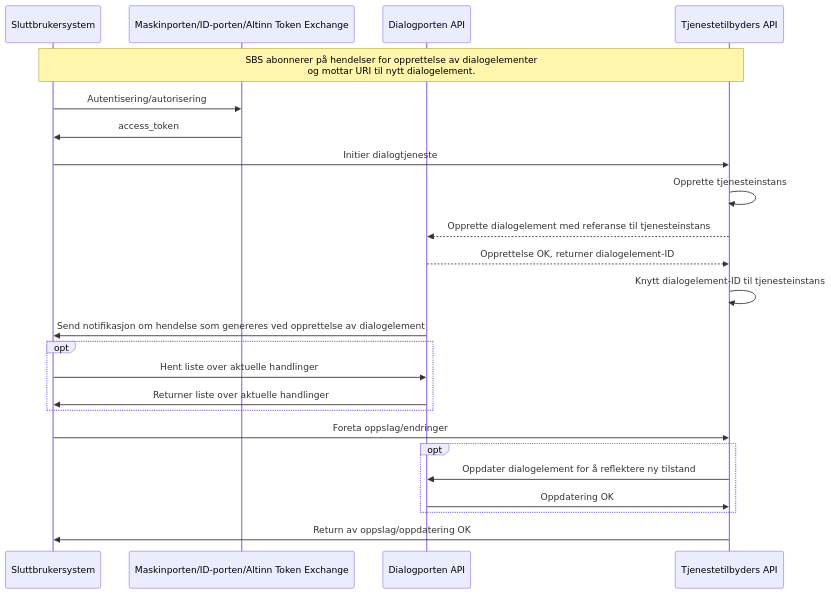
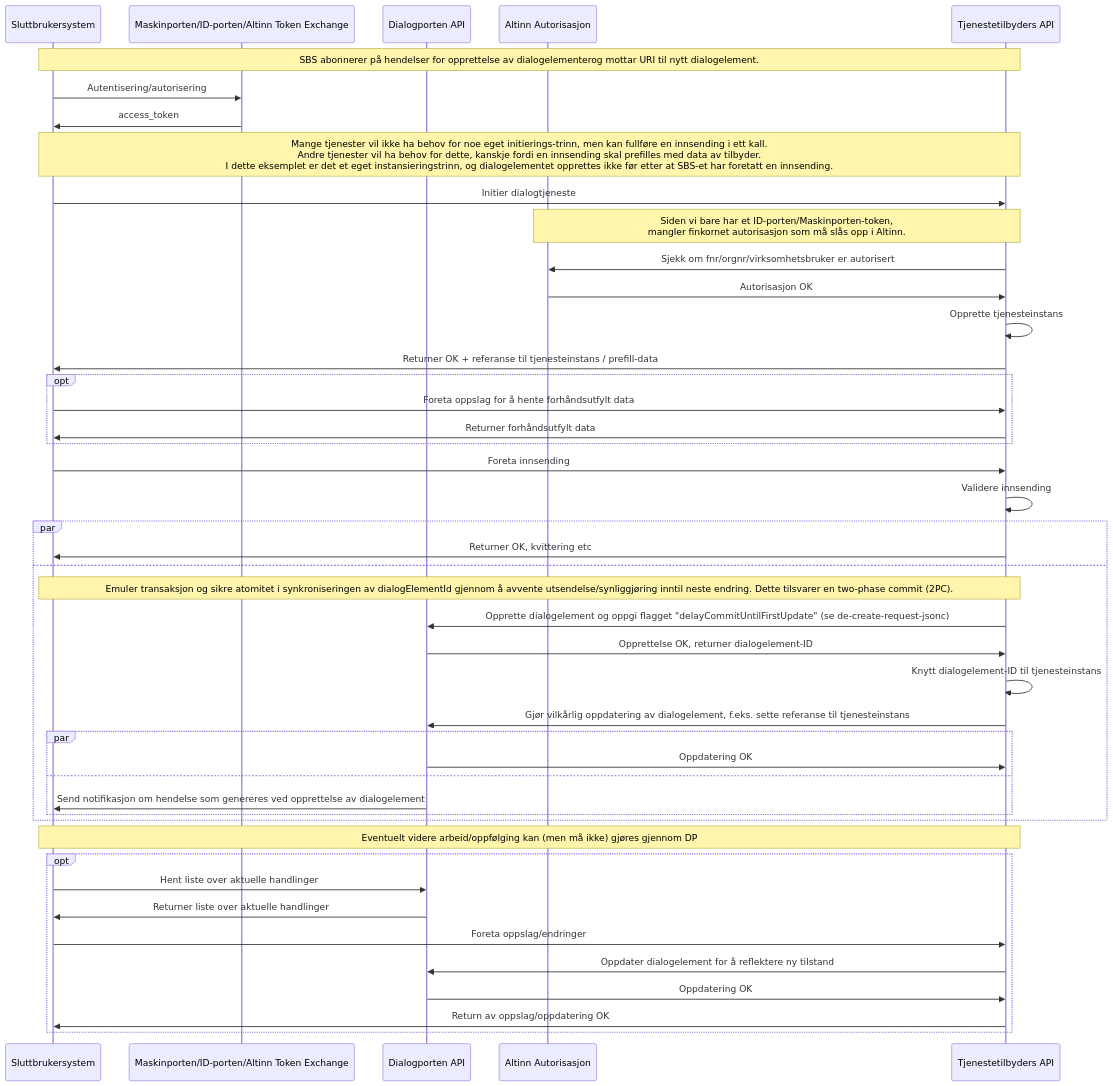
One commit to elsand/elsand.github.io changed the sixth of 6 diagrams in dialogporten.md. Above: the diagram before and after it, drawn with Mermaid. The commit also changed other lines of this file and 2 other files, not shown here.

Commit message:
Introduce delay commit flag, update SBS-initiated diagram to implement 2PC

````diff
--- a/dialogporten.md
+++ b/dialogporten.md
@@ -486,26 +486,53 @@
 ```mermaid!
 sequenceDiagram
     participant SBS as Sluttbrukersystem
     participant EID as Maskinporten/ID-porten/Altinn Token Exchange
     participant API as Dialogporten API
+    participant AA as Altinn Autorisasjon
     participant TEAPI as Tjenestetilbyders API
-note over SBS,TEAPI: SBS abonnerer på hendelser for opprettelse av dialogelementer<br>og mottar URI til nytt dialogelement.    
+note over SBS,TEAPI: SBS abonnerer på hendelser for opprettelse av dialogelementerog mottar URI til nytt dialogelement.    
 SBS->>EID: Autentisering/autorisering
 EID->>SBS: access_token
+note over SBS,TEAPI: Mange tjenester vil ikke ha behov for noe eget initierings-trinn, men kan fullføre en innsending i ett kall.<br>Andre tjenester vil ha behov for dette, kanskje fordi en innsending skal prefilles med data av tilbyder.<br>I dette eksemplet er det et eget instansieringstrinn, og dialogelementet opprettes ikke før etter at SBS-et har foretatt en innsending.
 SBS->>TEAPI: Initier dialogtjeneste
+note over AA,TEAPI: Siden vi bare har et ID-porten/Maskinporten-token,<br>mangler finkornet autorisasjon som må slås opp i Altinn.
+TEAPI->>AA: Sjekk om fnr/orgnr/virksomhetsbruker er autorisert
+AA->>TEAPI: Autorisasjon OK
 TEAPI->>TEAPI: Opprette tjenesteinstans
-TEAPI-->>API: Opprette dialogelement med referanse til tjenesteinstans
-API-->>TEAPI: Opprettelse OK, returner dialogelement-ID
-TEAPI->>TEAPI: Knytt dialogelement-ID til tjenesteinstans
-API->>SBS: Send notifikasjon om hendelse som genereres ved opprettelse av dialogelement
+TEAPI->>SBS: Returner OK + referanse til tjenesteinstans / prefill-data
+opt
+    SBS->>TEAPI: Foreta oppslag for å hente forhåndsutfylt data
+    TEAPI->>SBS: Returner forhåndsutfylt data
+end
+SBS->>TEAPI: Foreta innsending
+TEAPI->>TEAPI: Validere innsending
+par
+    TEAPI->>SBS: Returner OK, kvittering etc
+and
+    note over SBS,TEAPI: Emuler transaksjon og sikre atomitet i synkroniseringen av dialogElementId gjennom å avvente utsendelse/synliggjøring inntil neste endring. Dette tilsvarer en two-phase commit (2PC).
+    TEAPI->>API: Opprette dialogelement og oppgi flagget "delayCommitUntilFirstUpdate" (se de-create-request-jsonc)
+    API->>TEAPI: Opprettelse OK, returner dialogelement-ID
+    TEAPI->>TEAPI: Knytt dialogelement-ID til tjenesteinstans
+    TEAPI->>API: Gjør vilkårlig oppdatering av dialogelement, f.eks. sette referanse til tjenesteinstans
+    par
+        API->>TEAPI: Oppdatering OK
+    and
+        API->>SBS: Send notifikasjon om hendelse som genereres ved opprettelse av dialogelement    
+    end
+end
+
+note over SBS,TEAPI: Eventuelt videre arbeid/oppfølging kan (men må ikke) gjøres gjennom DP
+
 opt
     SBS->>API: Hent liste over aktuelle handlinger
     API->>SBS: Returner liste over aktuelle handlinger
-end
-SBS->>TEAPI: Foreta oppslag/endringer
-opt
+
+    SBS->>TEAPI: Foreta oppslag/endringer
+
     TEAPI->>API: Oppdater dialogelement for å reflektere ny tilstand
     API->>TEAPI: Oppdatering OK
+
+    TEAPI->>SBS: Return av oppslag/oppdatering OK
 end
-TEAPI->>SBS: Return av oppslag/oppdatering OK
+
 ```
````
